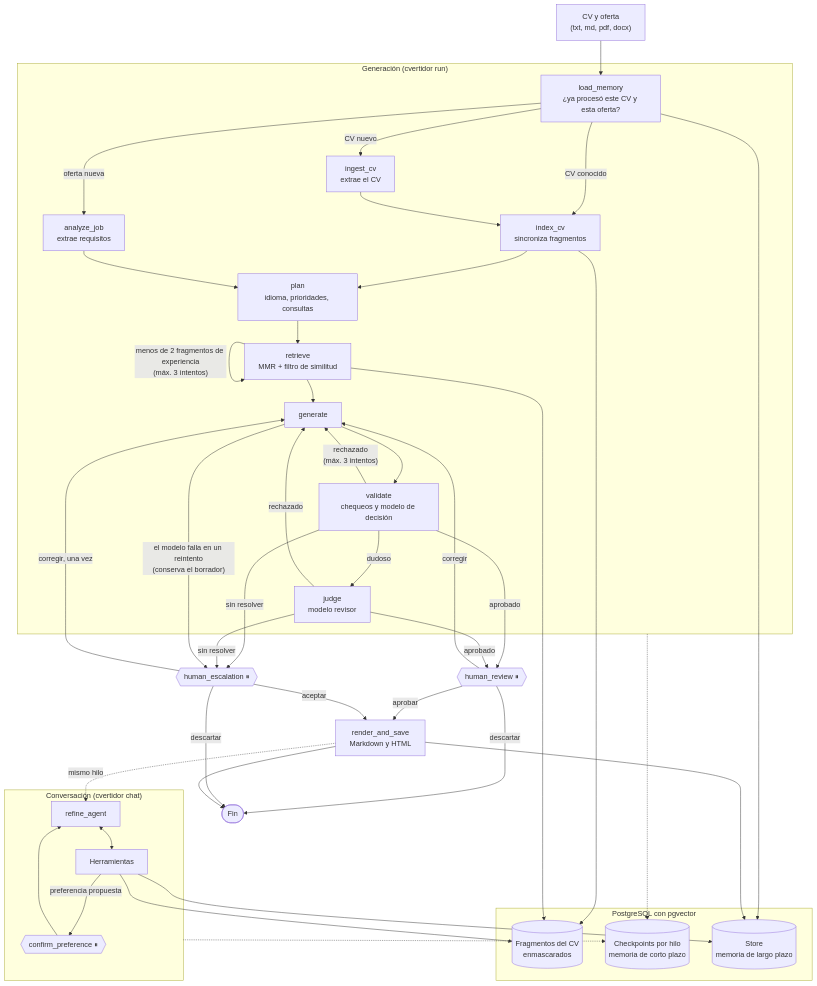
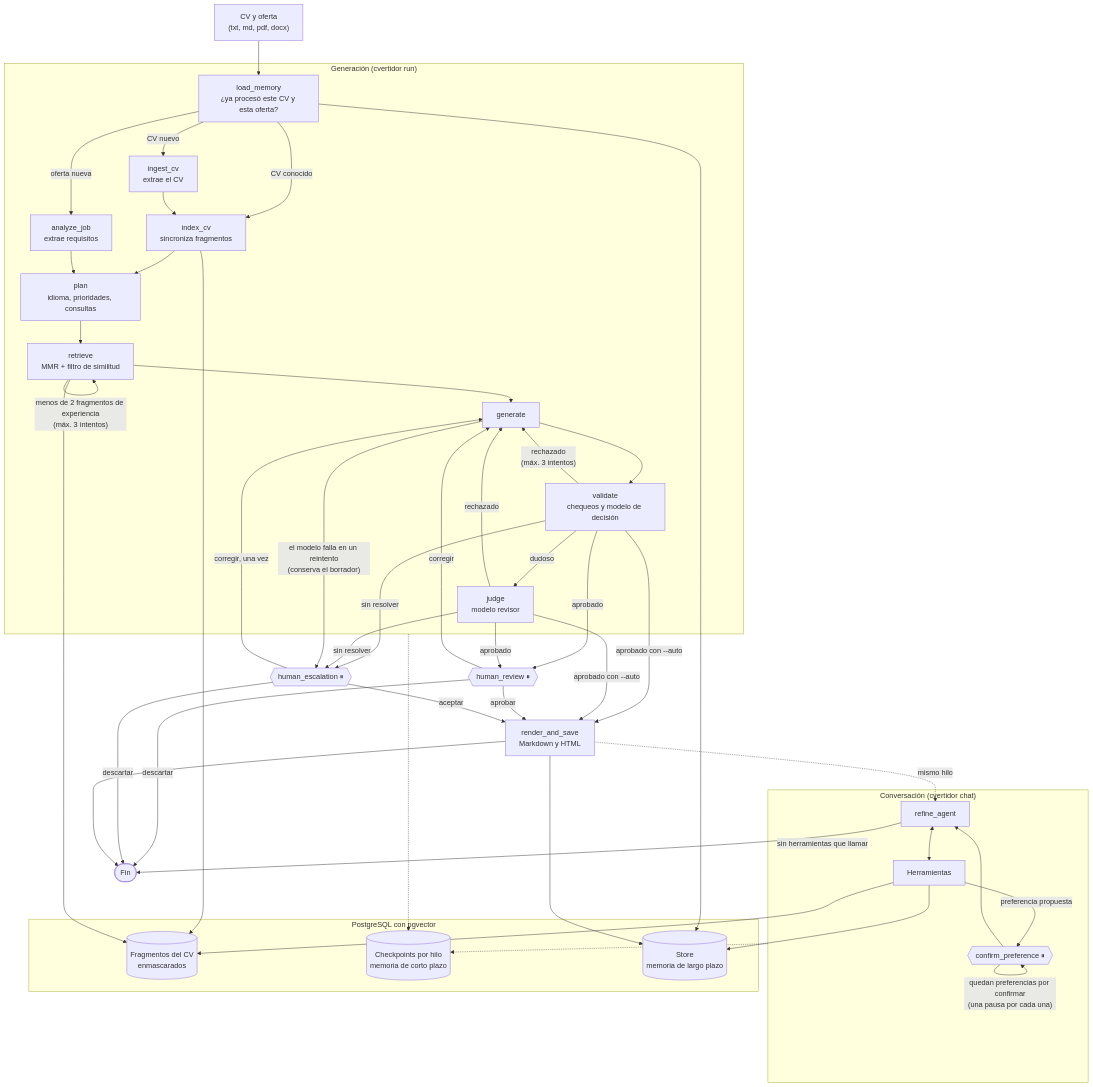
The diagram in README.md (pepestack/CVertidor), drawn with Mermaid before and after one commit.

Commit message:
refinar diagrama de arquitectura

````diff
--- a/README.md
+++ b/README.md
@@ -34,57 +34,61 @@
 ```mermaid
 flowchart TD
     IN["CV y oferta<br/>(txt, md, pdf, docx)"] --> MEM
 
     subgraph GEN["Generación (cvertidor run)"]
         MEM["load_memory<br/>¿ya procesó este CV y esta oferta?"]
         MEM -->|CV nuevo| ING["ingest_cv<br/>extrae el CV"]
         MEM -->|CV conocido| IDX
         ING --> IDX["index_cv<br/>sincroniza fragmentos"]
         MEM -->|oferta nueva| JOB["analyze_job<br/>extrae requisitos"]
         IDX --> PLAN
         JOB --> PLAN["plan<br/>idioma, prioridades, consultas"]
         PLAN --> RET["retrieve<br/>MMR + filtro de similitud"]
         RET -->|"menos de 2 fragmentos de experiencia<br/>(máx. 3 intentos)"| RET
         RET --> DRAFT["generate"]
         DRAFT --> VAL["validate<br/>chequeos y modelo de decisión"]
         VAL -->|"rechazado<br/>(máx. 3 intentos)"| DRAFT
         VAL -->|dudoso| JUD["judge<br/>modelo revisor"]
         JUD -->|rechazado| DRAFT
     end
 
     VAL -->|aprobado| REV{{"human_review ⏸"}}
     JUD -->|aprobado| REV
     VAL -->|sin resolver| ESC{{"human_escalation ⏸"}}
     JUD -->|sin resolver| ESC
     DRAFT -->|"el modelo falla en un reintento<br/>(conserva el borrador)"| ESC
+    VAL -->|"aprobado con --auto"| SAVE
+    JUD -->|"aprobado con --auto"| SAVE
     REV -->|aprobar| SAVE["render_and_save<br/>Markdown y HTML"]
     REV -->|corregir| DRAFT
     ESC -->|aceptar| SAVE
     ESC -->|corregir, una vez| DRAFT
     REV -->|descartar| FIN(["Fin"])
     ESC -->|descartar| FIN
     SAVE --> FIN
 
     subgraph CHAT["Conversación (cvertidor chat)"]
         AG["refine_agent"] <--> TOOLS["Herramientas"]
         TOOLS -->|preferencia propuesta| CONF{{"confirm_preference ⏸"}}
+        CONF -->|"quedan preferencias por confirmar<br/>(una pausa por cada una)"| CONF
         CONF --> AG
     end
 
+    AG -->|"sin herramientas que llamar"| FIN
     SAVE -. mismo hilo .-> AG
 
     subgraph DB["PostgreSQL con pgvector"]
         PG1[("Fragmentos del CV<br/>enmascarados")]
         PG2[("Checkpoints por hilo<br/>memoria de corto plazo")]
         PG3[("Store<br/>memoria de largo plazo")]
     end
 
     IDX --> PG1
     RET --> PG1
     MEM --> PG3
     SAVE --> PG3
     TOOLS --> PG1
     TOOLS --> PG3
     GEN -.-> PG2
     CHAT -.-> PG2
 ```
````
